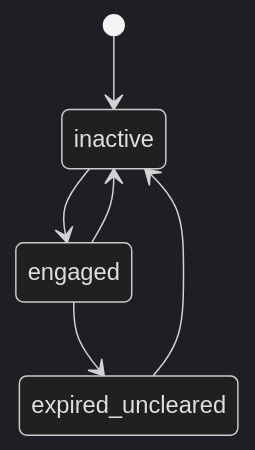
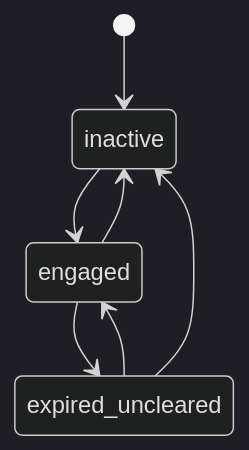
The seventh of 22 diagrams in docs/state_machines.md (Trivenidigital/gecko-alpha), drawn with Mermaid (dark theme) before and after one commit. The commit also changed other lines of this file and 4 other files, not shown here.

````diff
--- a/docs/state_machines.md
+++ b/docs/state_machines.md
@@ -477,8 +476,9 @@
 ```mermaid
 stateDiagram-v2
     [*] --> inactive
     inactive --> engaged
+    expired_uncleared --> engaged
     engaged --> expired_uncleared
     engaged --> inactive
     expired_uncleared --> inactive
 ```
````
